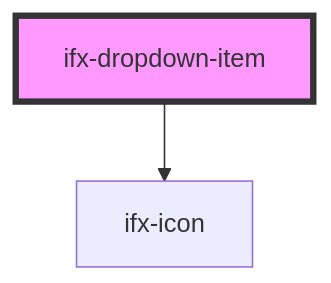
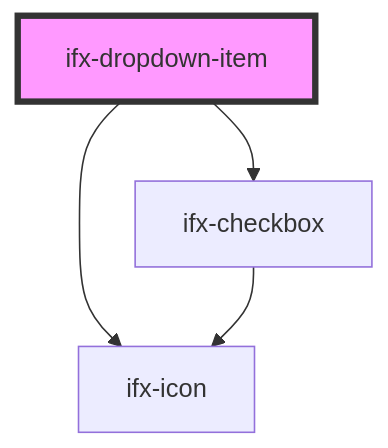
The diagram in src/components/dropdown-item/readme.md (Infineon/infineon-design-system-stencil), drawn with Mermaid before and after one commit. The commit also changed other lines of this file and 3 other files, not shown here.

````diff
--- a/src/components/dropdown-item/readme.md
+++ b/src/components/dropdown-item/readme.md
@@ -34,5 +35,7 @@
 ```mermaid
 graph TD;
+  ifx-dropdown-item --> ifx-checkbox
   ifx-dropdown-item --> ifx-icon
+  ifx-checkbox --> ifx-icon
   style ifx-dropdown-item fill:#f9f,stroke:#333,stroke-width:4px
 ```
````
